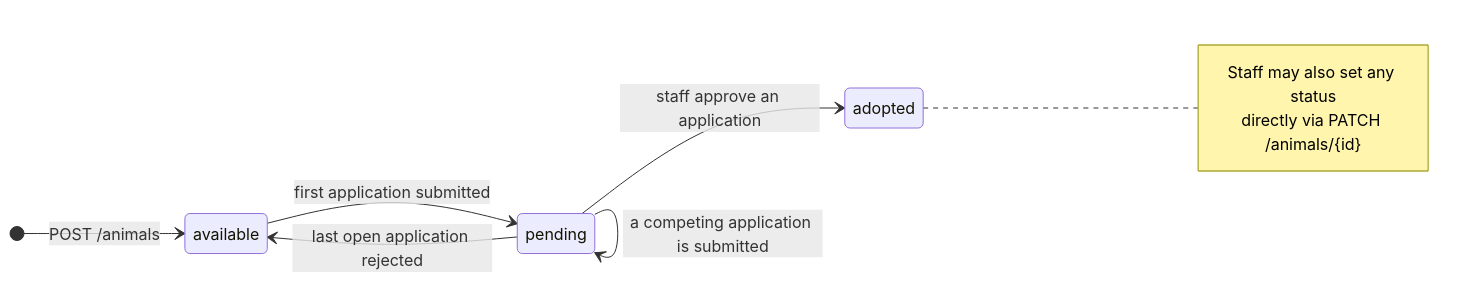
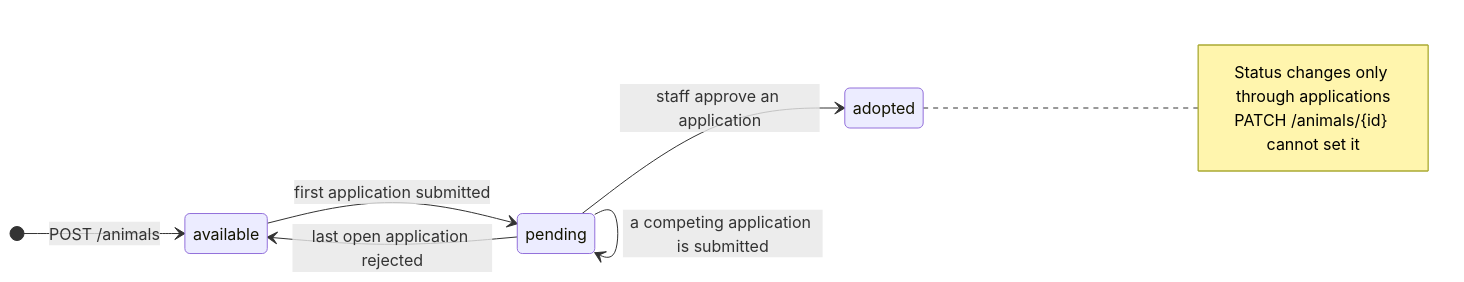
The second of 3 diagrams in docs/UML_MODELS.md (krondevra/ShelterHub), drawn with Mermaid before and after one commit. The commit also changed other lines of this file and 8 other files, not shown here.

First line of the commit message:
Remove status from PATCH /animals/{id} and sync docs with the contract

````diff
--- a/docs/UML_MODELS.md
+++ b/docs/UML_MODELS.md
@@ -125,13 +125,13 @@
 ```mermaid
 stateDiagram-v2
     direction LR
     [*] --> available : POST /animals
     available --> pending : first application submitted
     pending --> pending : a competing application is submitted
     pending --> adopted : staff approve an application
     pending --> available : last open application rejected
     note right of adopted
-        Staff may also set any status
-        directly via PATCH /animals/{id}
+        Status changes only through applications
+        PATCH /animals/{id} cannot set it
     end note
 ```
````
